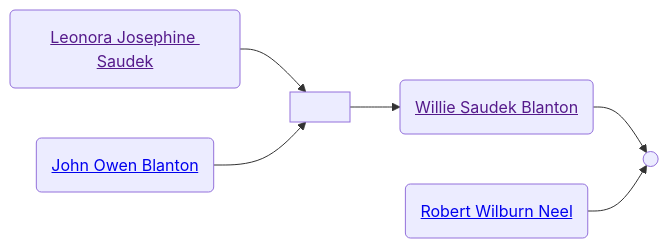
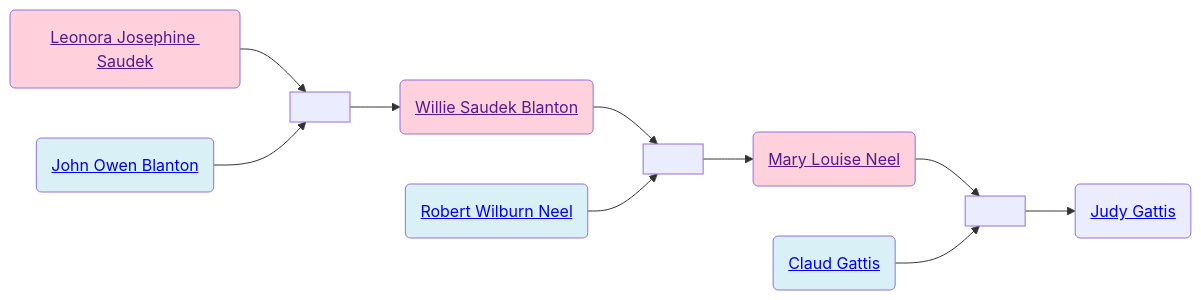
The second of 2 diagrams in familyhistory/sources/people/Neel-line/Blanton-line/Saudek-line/Leonora_Josephine_Saudek.qmd (neelsmith/avocational), drawn with Mermaid before and after one commit. The commit also changed other lines of this file and 91 other files, not shown here.

Commit message:
Rebuild descendant diagrams

````diff
--- a/familyhistory/sources/people/Neel-line/Blanton-line/Saudek-line/Leonora_Josephine_Saudek.qmd
+++ b/familyhistory/sources/people/Neel-line/Blanton-line/Saudek-line/Leonora_Josephine_Saudek.qmd
@@ -42,14 +43,26 @@
 ```{mermaid}
 graph LR
+%% LR descendant diagram
 class Leonora_Josephine_Saudek_and_John_Owen_Blanton marriage
 Leonora_Josephine_Saudek(<a href=''>Leonora Josephine Saudek</>) --> Leonora_Josephine_Saudek_and_John_Owen_Blanton[ ]
 John_Owen_Blanton(<a href='./../John_Owen_Blanton.html'>John Owen Blanton</>) --> Leonora_Josephine_Saudek_and_John_Owen_Blanton(( ))
+class John_Owen_Blanton father
+class Leonora_Josephine_Saudek mother
 Leonora_Josephine_Saudek_and_John_Owen_Blanton[ ] --> Willie_Saudek_Blanton(<a href='./../Willie_Saudek_Blanton.html'>Willie Saudek Blanton</>)
 class Willie_Saudek_Blanton_and_Robert_Wilburn_Neel marriage
 Willie_Saudek_Blanton(<a href=''>Willie Saudek Blanton</>) --> Willie_Saudek_Blanton_and_Robert_Wilburn_Neel[ ]
 Robert_Wilburn_Neel(<a href='./../Robert_Wilburn_Neel.html'>Robert Wilburn Neel</>) --> Willie_Saudek_Blanton_and_Robert_Wilburn_Neel(( ))
+class Robert_Wilburn_Neel father
+class Willie_Saudek_Blanton mother
+Willie_Saudek_Blanton_and_Robert_Wilburn_Neel[ ] --> Mary_Louise_Neel(<a href='./../Mary_Louise_Neel.html'>Mary Louise Neel</>)
+class Mary_Louise_Neel_and_Claud_Gattis marriage
+Mary_Louise_Neel(<a href=''>Mary Louise Neel</>) --> Mary_Louise_Neel_and_Claud_Gattis[ ]
+Claud_Gattis(<a href='./../Gattis-line/Claud_Gattis.html'>Claud Gattis</>) --> Mary_Louise_Neel_and_Claud_Gattis(( ))
+class Claud_Gattis father
+class Mary_Louise_Neel mother
+Mary_Louise_Neel_and_Claud_Gattis[ ] --> Judy_Gattis(<a href='./../Gattis-line/Judy_Gattis.html'>Judy Gattis</>)
 classDef mother fill:#ffd1dc
 classDef father fill:#daf0f7  
 classDef marriage fill:#ffffff
 
 ```
````
